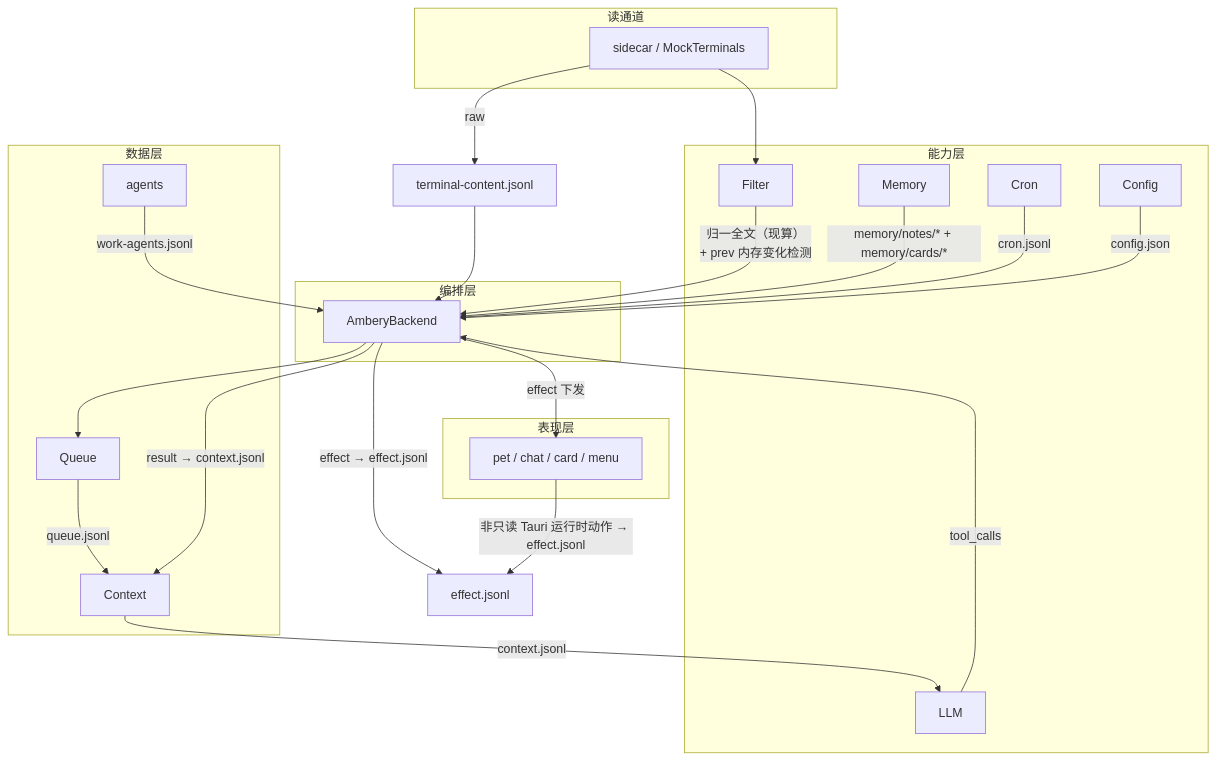
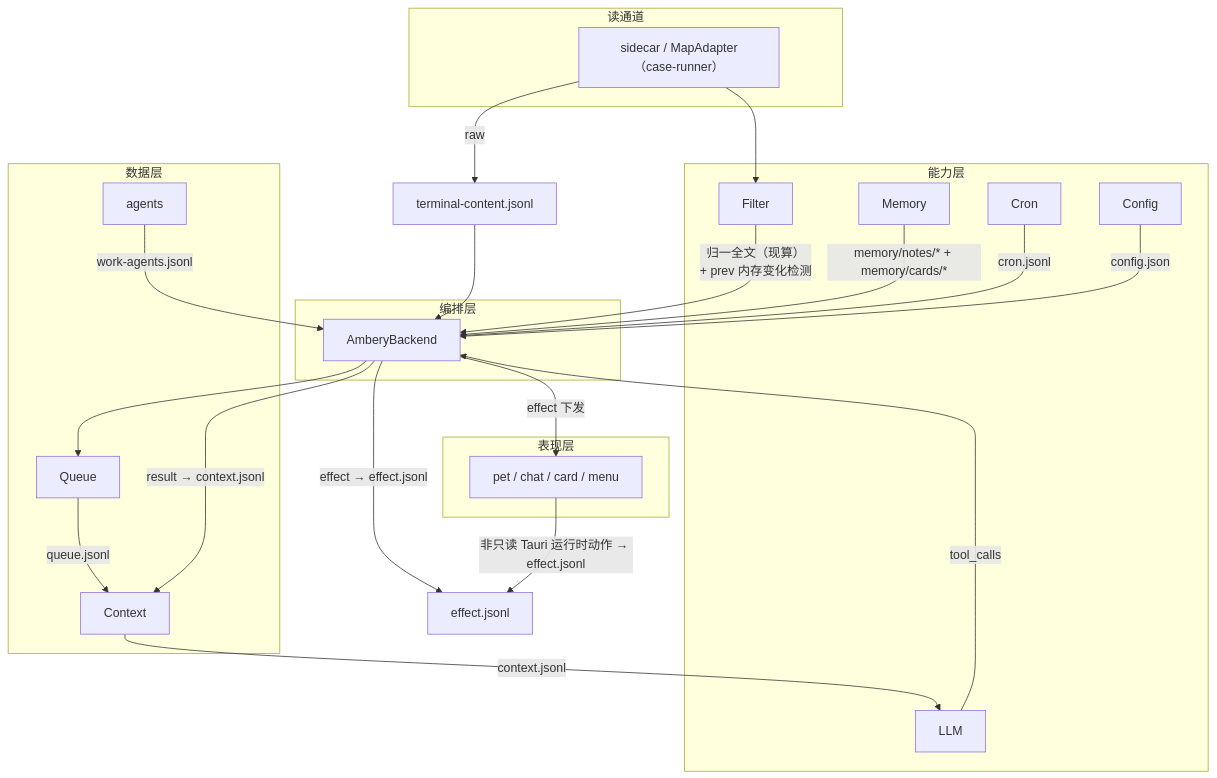
One commit to ambery-ai/ambery changed the diagram in docs/module-storage-flow.md. Above: the diagram before and after it, drawn with Mermaid. The commit also changed other lines of this file and 16 other files, not shown here.

````diff
--- a/docs/module-storage-flow.md
+++ b/docs/module-storage-flow.md
@@ -86,47 +86,47 @@
 ```mermaid
 flowchart TD
     subgraph L5[读通道]
-        RD["sidecar / MockTerminals"]
+        RD["sidecar / MapAdapter（case-runner）"]
     end
 
     subgraph L3[能力层]
         FILTER["Filter"]
         LLM["LLM"]
         MEM["Memory"]
         CRON["Cron"]
         CFG["Config"]
     end
 
     subgraph L4[数据层]
         QUEUE["Queue"]
         CTX["Context"]
         AGENTS["agents"]
     end
 
     subgraph L2[编排层]
         OB["AmberyBackend"]
     end
 
     subgraph L1[表现层]
         FE["pet / chat / card / menu"]
     end
 
     RD -->|"raw"| TC["terminal-content.jsonl"]
     TC --> OB
     RD --> FILTER
     FILTER -->|"归一全文（现算）<br/>+ prev 内存变化检测"| OB
 
     OB --> QUEUE
     QUEUE -->|"queue.jsonl"| CTX
     CTX -->|"context.jsonl"| LLM
     LLM -->|"tool_calls"| OB
     OB -->|"result → context.jsonl"| CTX
     OB -->|"effect → effect.jsonl"| EF["effect.jsonl"]
     OB -->|"effect 下发"| FE
     FE -->|"非只读 Tauri 运行时动作 → effect.jsonl"| EF
 
     AGENTS -->|"work-agents.jsonl"| OB
     MEM -->|"memory/notes/* + memory/cards/*"| OB
     CRON -->|"cron.jsonl"| OB
     CFG -->|"config.json"| OB
 ```
````
